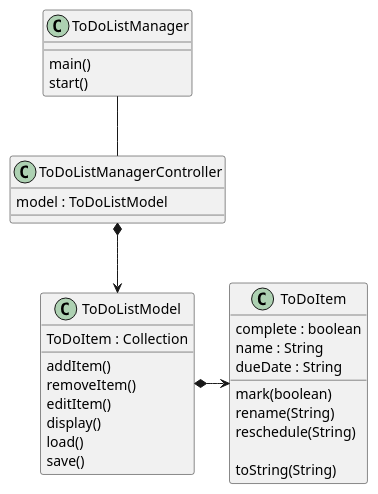
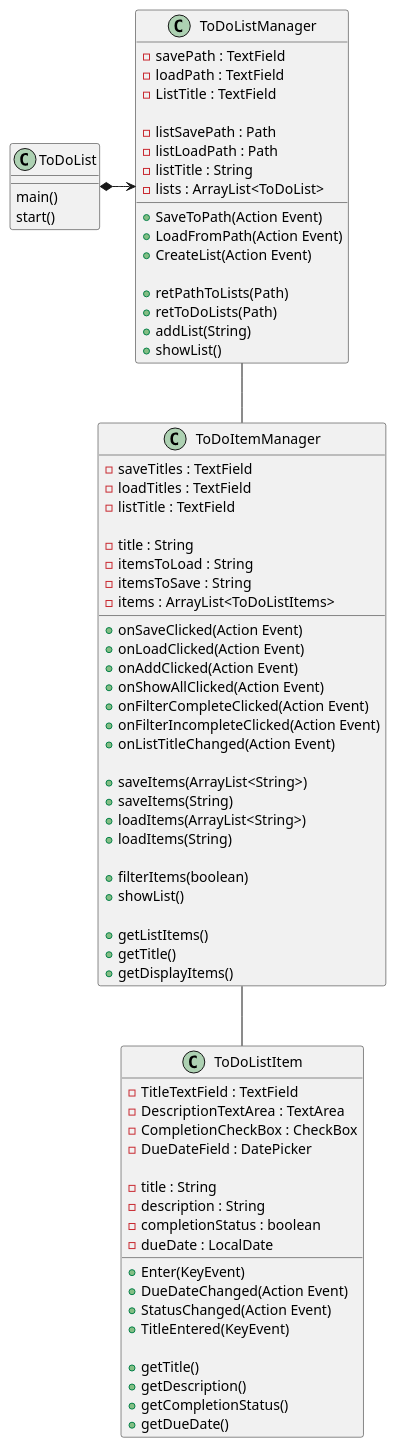
Before and after one commit to tsehaiB/Boucaud-cop3330-assingment4: the diagram in uml/ToDoList.puml, drawn with PlantUML. The commit also changed 13 other files, not shown here.

Commit message:
pushing uml and controller files

```diff
--- a/uml/ToDoList.puml
+++ b/uml/ToDoList.puml
@@ -1,35 +1,81 @@
  @startuml
 'https://plantuml.com/class-diagram
-
-class ToDoListManager {
+class ToDoList{
     main()
     start()
 }
-class ToDoListManagerController {
-    model : ToDoListModel
+class ToDoListManager {
+    - savePath : TextField
+    - loadPath : TextField
+    - ListTitle : TextField
+
+    - listSavePath : Path
+    - listLoadPath : Path
+    - listTitle : String
+    - lists : ArrayList<ToDoList>
+
+    + SaveToPath(Action Event)
+    + LoadFromPath(Action Event)
+    + CreateList(Action Event)
+
+    + retPathToLists(Path)
+    + retToDoLists(Path)
+    + addList(String)
+    + showList()
 }
-class ToDoListModel {
-    ToDoItem : Collection
+class ToDoItemManager {
+    - saveTitles : TextField
+    - loadTitles : TextField
+    - listTitle : TextField
 
-    addItem()
-    removeItem()
-    editItem()
-    display()
-    load()
-    save()
+    - title : String
+    - itemsToLoad : String
+    - itemsToSave : String
+    - items : ArrayList<ToDoListItems>
+
+    + onSaveClicked(Action Event)
+    + onLoadClicked(Action Event)
+    + onAddClicked(Action Event)
+    + onShowAllClicked(Action Event)
+    + onFilterCompleteClicked(Action Event)
+    + onFilterIncompleteClicked(Action Event)
+    + onListTitleChanged(Action Event)
+
+    + saveItems(ArrayList<String>)
+    + saveItems(String)
+    + loadItems(ArrayList<String>)
+    + loadItems(String)
+
+    + filterItems(boolean)
+    + showList()
+
+    + getListItems()
+    + getTitle()
+    + getDisplayItems()
 }
-class ToDoItem {
-    complete : boolean
-    name : String
-    dueDate : String
+class ToDoListItem {
+        - TitleTextField : TextField
+        - DescriptionTextArea : TextArea
+        - CompletionCheckBox : CheckBox
+        - DueDateField : DatePicker
 
-    mark(boolean)
-    rename(String)
-    reschedule(String)
+        - title : String
+        - description : String
+        - completionStatus : boolean
+        - dueDate : LocalDate
 
-    toString(String)
+        + Enter(KeyEvent)
+        + DueDateChanged(Action Event)
+        + StatusChanged(Action Event)
+        + TitleEntered(KeyEvent)
+
+        + getTitle()
+        + getDescription()
+        + getCompletionStatus()
+        + getDueDate()
 }
-ToDoListModel *-> ToDoItem
-ToDoListManagerController *--> ToDoListModel
-ToDoListManager -- ToDoListManagerController
+ToDoList *-> ToDoListManager
+ToDoListManager -- ToDoItemManager
+ToDoItemManager -- ToDoListItem
+
 @enduml
```
